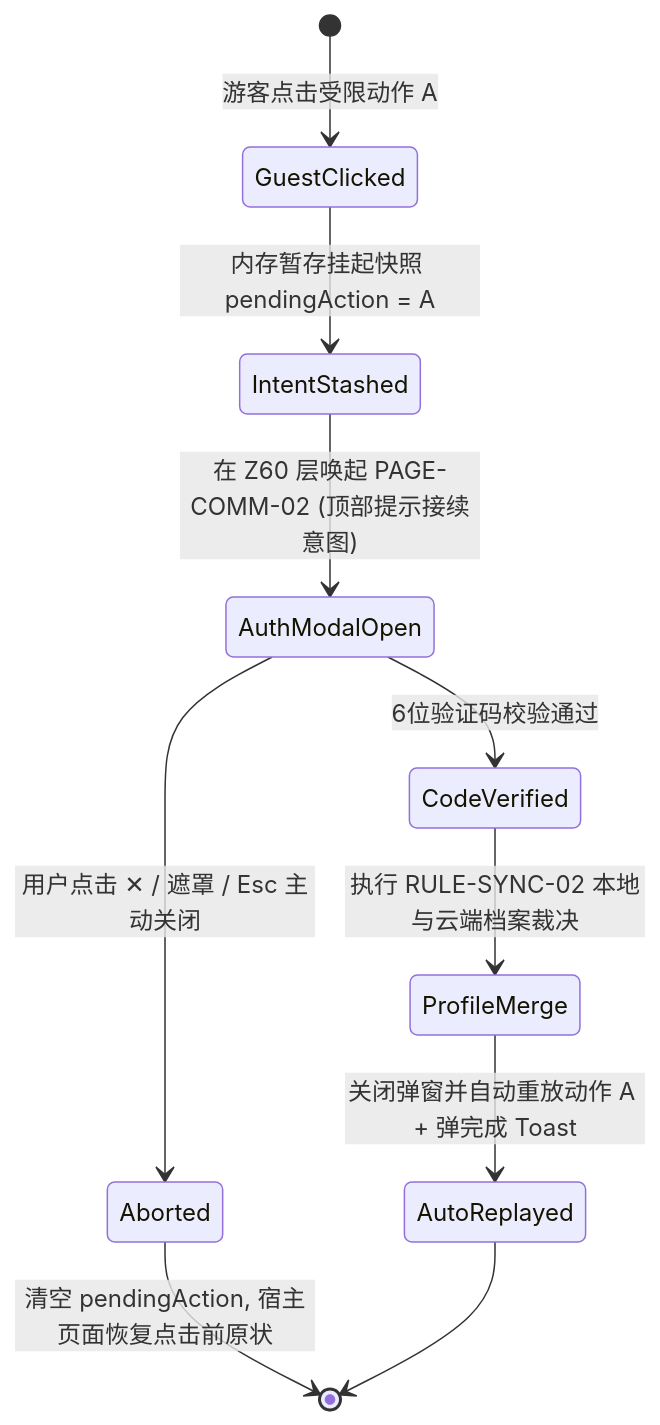
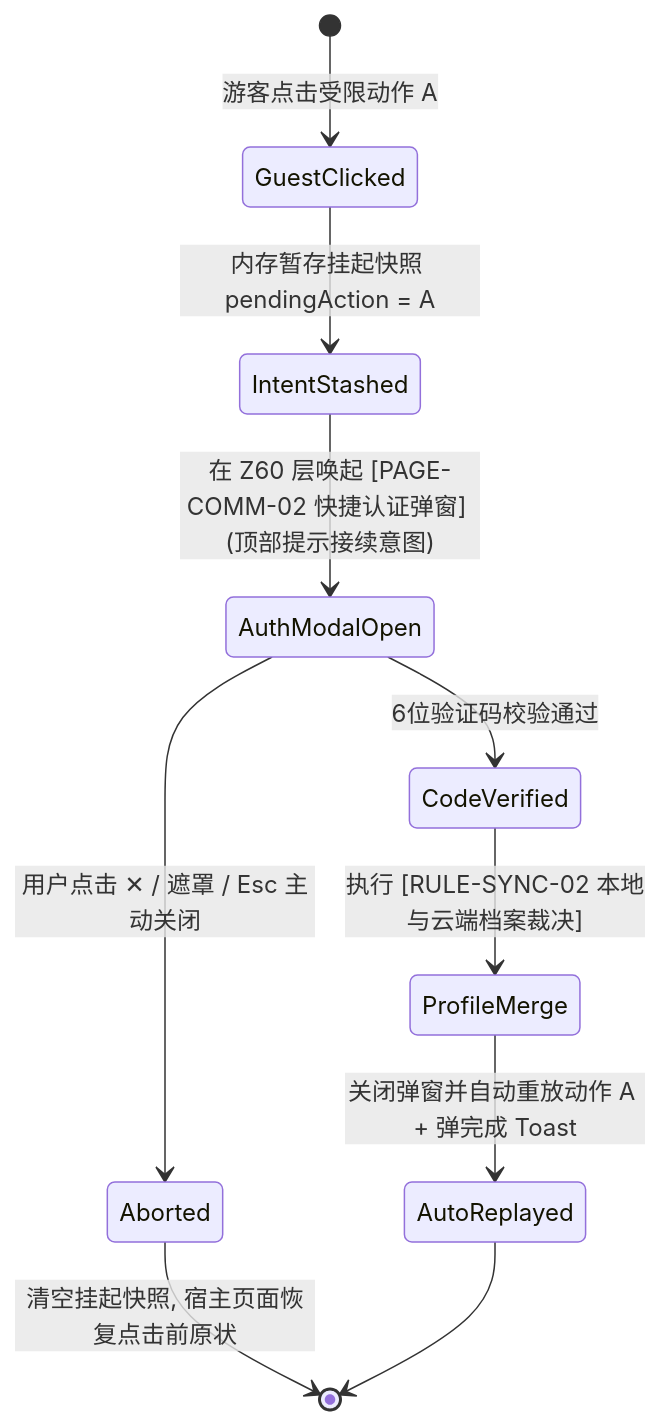
Before and after one commit to icecream154/Cookbook: the first of 3 diagrams in Product/spec/05-components-and-patterns/interaction-patterns.md, drawn with Mermaid. The commit also changed other lines of this file and 43 other files, not shown here.

````diff
--- a/Product/spec/05-components-and-patterns/interaction-patterns.md
+++ b/Product/spec/05-components-and-patterns/interaction-patterns.md
@@ -15,12 +15,12 @@
 ```mermaid
 stateDiagram-v2
     [*] --> GuestClicked: 游客点击受限动作 A
     GuestClicked --> IntentStashed: 内存暂存挂起快照 pendingAction = A
-    IntentStashed --> AuthModalOpen: 在 Z60 层唤起 PAGE-COMM-02 (顶部提示接续意图)
+    IntentStashed --> AuthModalOpen: 在 Z60 层唤起 [PAGE-COMM-02 快捷认证弹窗] (顶部提示接续意图)
     AuthModalOpen --> Aborted: 用户点击 ✕ / 遮罩 / Esc 主动关闭
-    Aborted --> [*]: 清空 pendingAction, 宿主页面恢复点击前原状
+    Aborted --> [*]: 清空挂起快照, 宿主页面恢复点击前原状
     AuthModalOpen --> CodeVerified: 6位验证码校验通过
-    CodeVerified --> ProfileMerge: 执行 RULE-SYNC-02 本地与云端档案裁决
+    CodeVerified --> ProfileMerge: 执行 [RULE-SYNC-02 本地与云端档案裁决]
     ProfileMerge --> AutoReplayed: 关闭弹窗并自动重放动作 A + 弹完成 Toast
     AutoReplayed --> [*]
 ```
````
